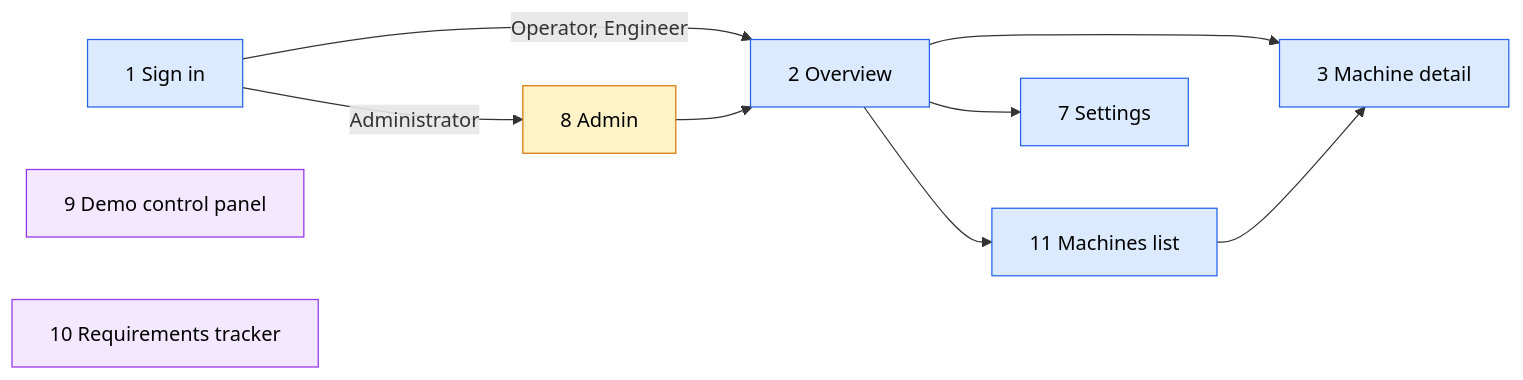
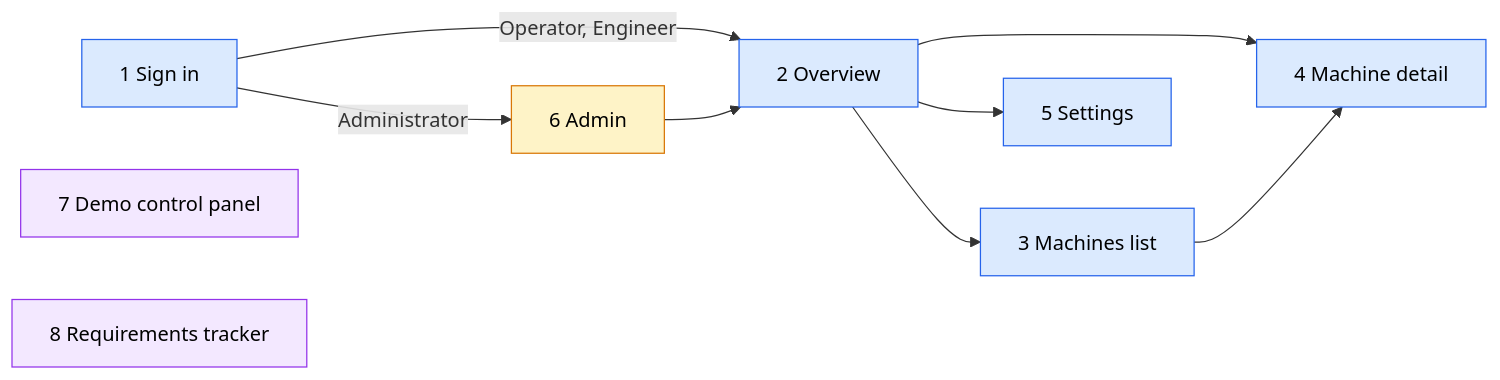
Before and after one commit to Prince-Wayne13/Industrial-Fault-detection-system: the diagram in design/page-map.md, drawn with Mermaid. The commit also changed other lines of this file and 54 other files, not shown here.

````diff
--- a/design/page-map.md
+++ b/design/page-map.md
@@ -40,18 +47,18 @@
 ```mermaid
 flowchart LR
   S["1 Sign in"] -->|Operator, Engineer| O["2 Overview"]
-  S -->|Administrator| A["8 Admin"]
+  S -->|Administrator| A["6 Admin"]
   A --> O
-  O --> M["3 Machine detail"]
-  O --> ML["11 Machines list"]
+  O --> M["4 Machine detail"]
+  O --> ML["3 Machines list"]
   ML --> M
-  O --> ST["7 Settings"]
-  D["9 Demo control panel"]
-  R["10 Requirements tracker"]
+  O --> ST["5 Settings"]
+  D["7 Demo control panel"]
+  R["8 Requirements tracker"]
   classDef shared fill:#dbeafe,stroke:#2563eb,color:#000
   classDef adm fill:#fef3c7,stroke:#d97706,color:#000
   classDef demo fill:#f3e8ff,stroke:#9333ea,color:#000
   class S,O,M,ML,ST shared
   class A adm
   class D,R demo
 ```
````
